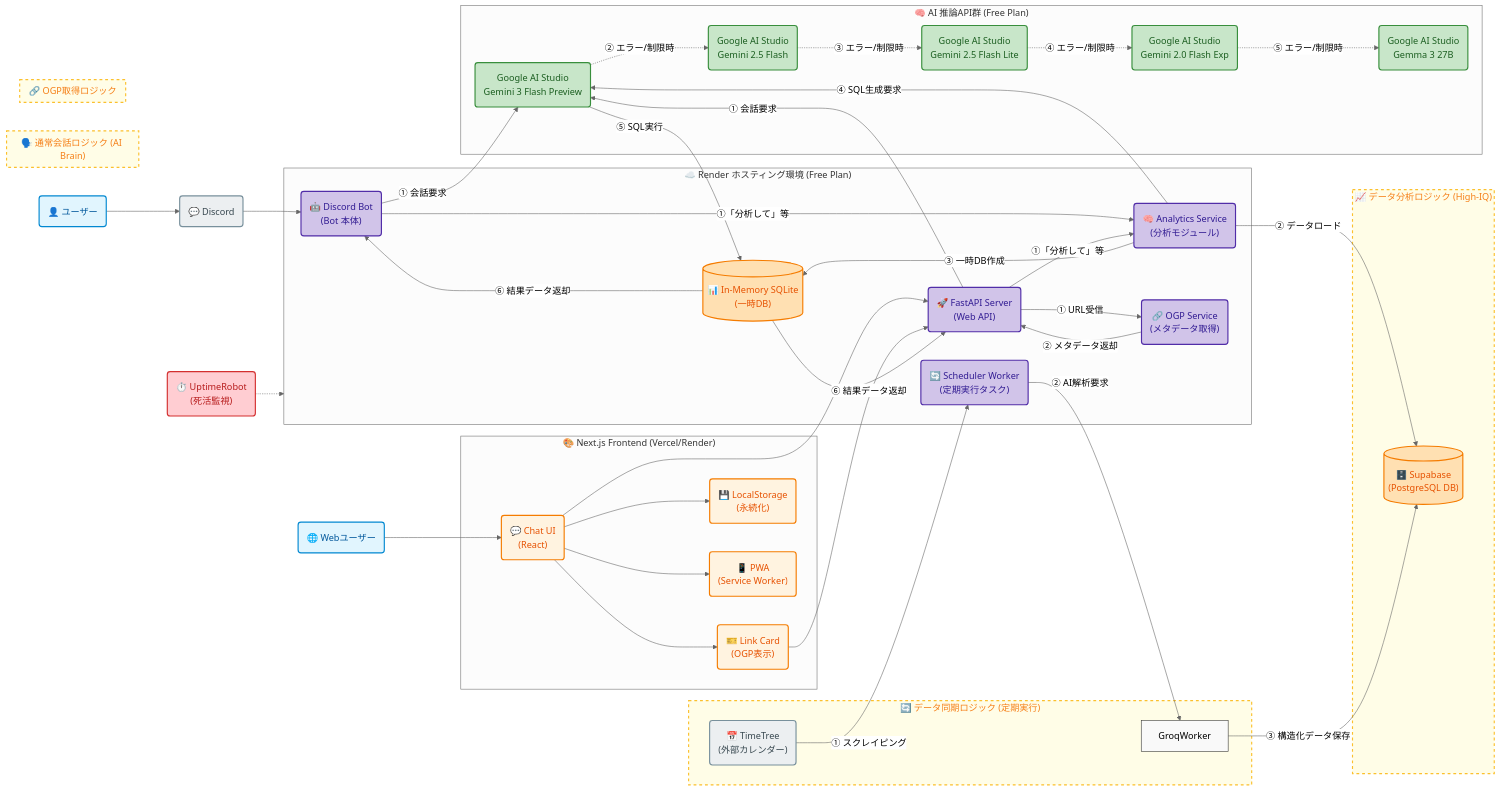
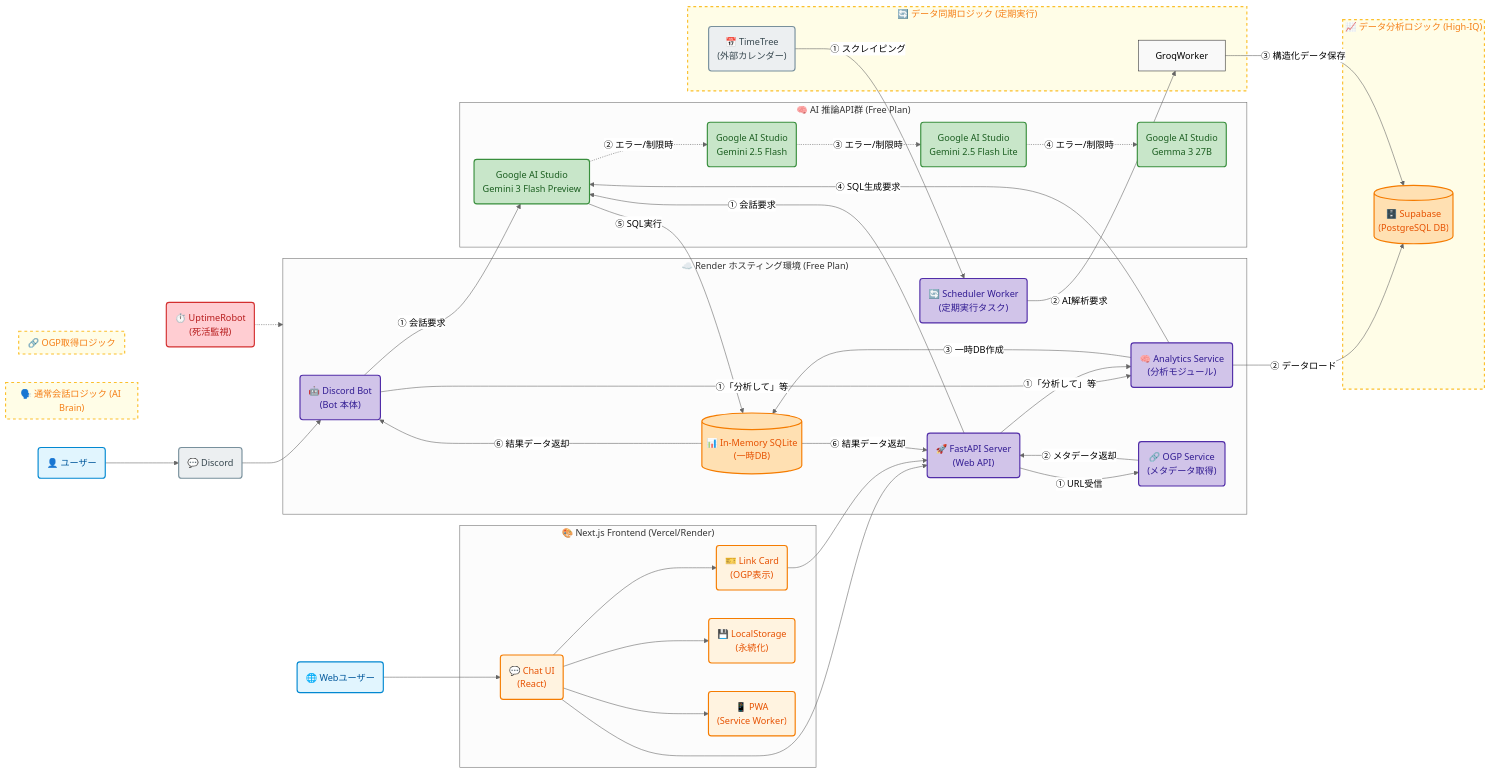
Before and after one commit to kawada612-bit/ai-mau-bot: the diagram in docs/SPEC.md, drawn with Mermaid (neutral theme). The commit also changed other lines of this file and 3 other files, not shown here.

Commit message:
feat: 4モデル体制に変更 & dev環境でGemma優先 - Gemini 2.0 Flash Expを削除（Quota制限頻発のため） - 本番: Gemini 3 Flash Preview → 2.5 Flash → 2.5 Lite → Gemma 3 - 開発: Gemma 3 → 2.5 Lite → 2.5 Flash → 3 Flash (コスト節約) - 全モデル疎通確認テスト追加 (pytest -m live) - ドキュメント更新 (README.md, SPEC.md)

```diff
--- a/docs/SPEC.md
+++ b/docs/SPEC.md
@@ -47,7 +47,6 @@
         Gemini3Flash("Google AI Studio<br>Gemini 3 Flash Preview"):::ai
         Gemini25Flash("Google AI Studio<br>Gemini 2.5 Flash"):::ai
         GeminiLite("Google AI Studio<br>Gemini 2.5 Flash Lite"):::ai
-        Gemini20Exp("Google AI Studio<br>Gemini 2.0 Flash Exp"):::ai
         Gemma3("Google AI Studio<br>Gemma 3 27B"):::ai
     end
 
@@ -79,8 +78,7 @@
         FastAPI -->|"① 会話要求"| Gemini3Flash
         Gemini3Flash -.->|"② エラー/制限時"| Gemini25Flash
         Gemini25Flash -.->|"③ エラー/制限時"| GeminiLite
-        GeminiLite -.->|"④ エラー/制限時"| Gemini20Exp
-        Gemini20Exp -.->|"⑤ エラー/制限時"| Gemma3
+        GeminiLite -.->|"④ エラー/制限時"| Gemma3
     end
 
     %% 2. データ分析ロジック
```
